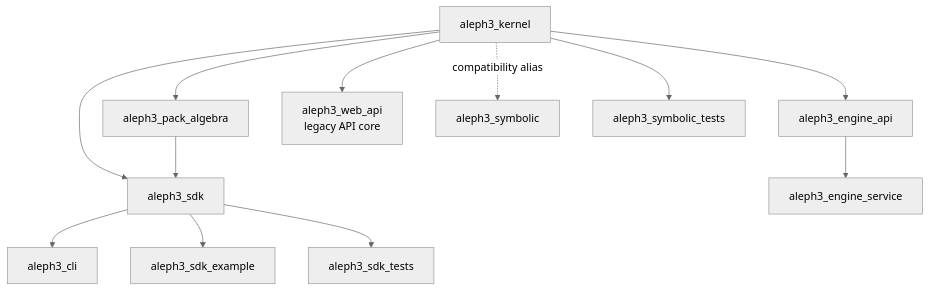
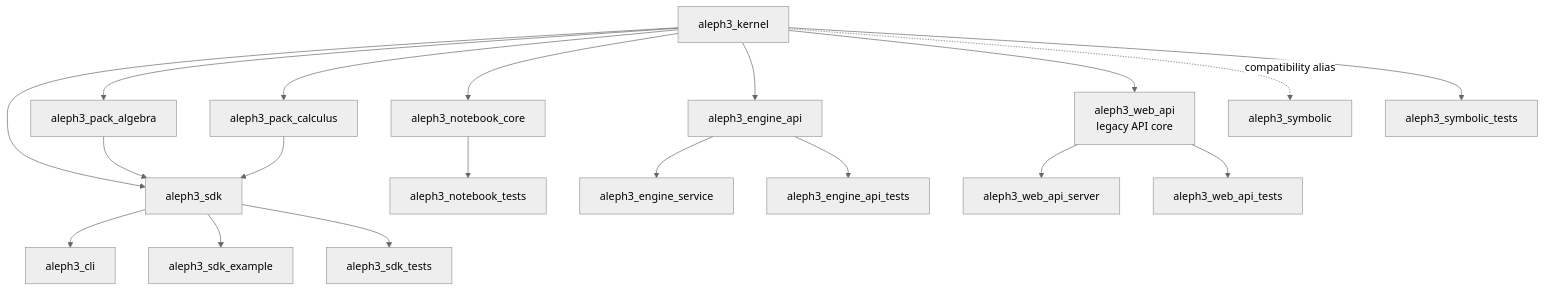
One commit to sergiorf/aleph3 changed the ninth of 10 diagrams in docs/architecture.md. Above: the diagram before and after it, drawn with Mermaid (neutral theme). The commit also changed other lines of this file and 10 other files, not shown here.

First line of the commit message:
docs: refresh architecture and glossary for current engine

````diff
--- a/docs/architecture.md
+++ b/docs/architecture.md
@@ -298,14 +372,21 @@
 ```mermaid
 flowchart TD
     Kernel["aleph3_kernel"] --> SDK["aleph3_sdk"]
     Kernel --> Algebra["aleph3_pack_algebra"]
-    Algebra --> SDK
+    Kernel --> Calculus["aleph3_pack_calculus"]
+    Kernel --> NotebookCore["aleph3_notebook_core"]
     Kernel --> EngineApi["aleph3_engine_api"]
-    EngineApi --> EngineSvc["aleph3_engine_service"]
     Kernel --> WebApi["aleph3_web_api<br/>legacy API core"]
     Kernel -. compatibility alias .-> Symbolic["aleph3_symbolic"]
+    Algebra --> SDK
+    Calculus --> SDK
     SDK --> CLI["aleph3_cli"]
     SDK --> Example["aleph3_sdk_example"]
+    EngineApi --> EngineSvc["aleph3_engine_service"]
+    WebApi --> WebApiServer["aleph3_web_api_server"]
     Kernel --> KernelTests["aleph3_symbolic_tests"]
+    NotebookCore --> NotebookTests["aleph3_notebook_tests"]
+    EngineApi --> EngineTests["aleph3_engine_api_tests"]
+    WebApi --> WebTests["aleph3_web_api_tests"]
     SDK --> SDKTests["aleph3_sdk_tests"]
 ```
````
